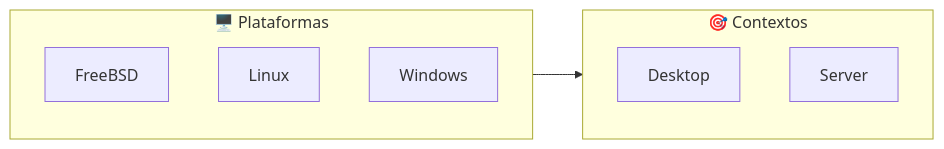
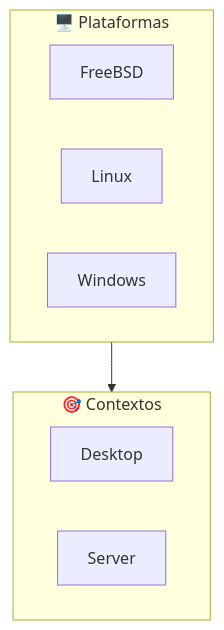
One commit to GabrielFrigo4/profile changed the first of 2 diagrams in skills/readme-crafting/SKILL.md. Above: the diagram before and after it, drawn with Mermaid. The commit also changed other lines of this file, not shown here.

Commit message:
docs(readme-crafting): change default mermaid flowchart direction from horizontal to vertical top-down

````diff
--- a/skills/readme-crafting/SKILL.md
+++ b/skills/readme-crafting/SKILL.md
@@ -77,15 +77,15 @@
 ```mermaid
-flowchart LR
+flowchart TD
     subgraph OS ["🖥️ Plataformas"]
         BSD["FreeBSD"]
         LNX["Linux"]
         WIN["Windows"]
     end
 
     subgraph CTX ["🎯 Contextos"]
         DSK["Desktop"]
         SRV["Server"]
     end
 
     OS --> CTX
 ```
````
